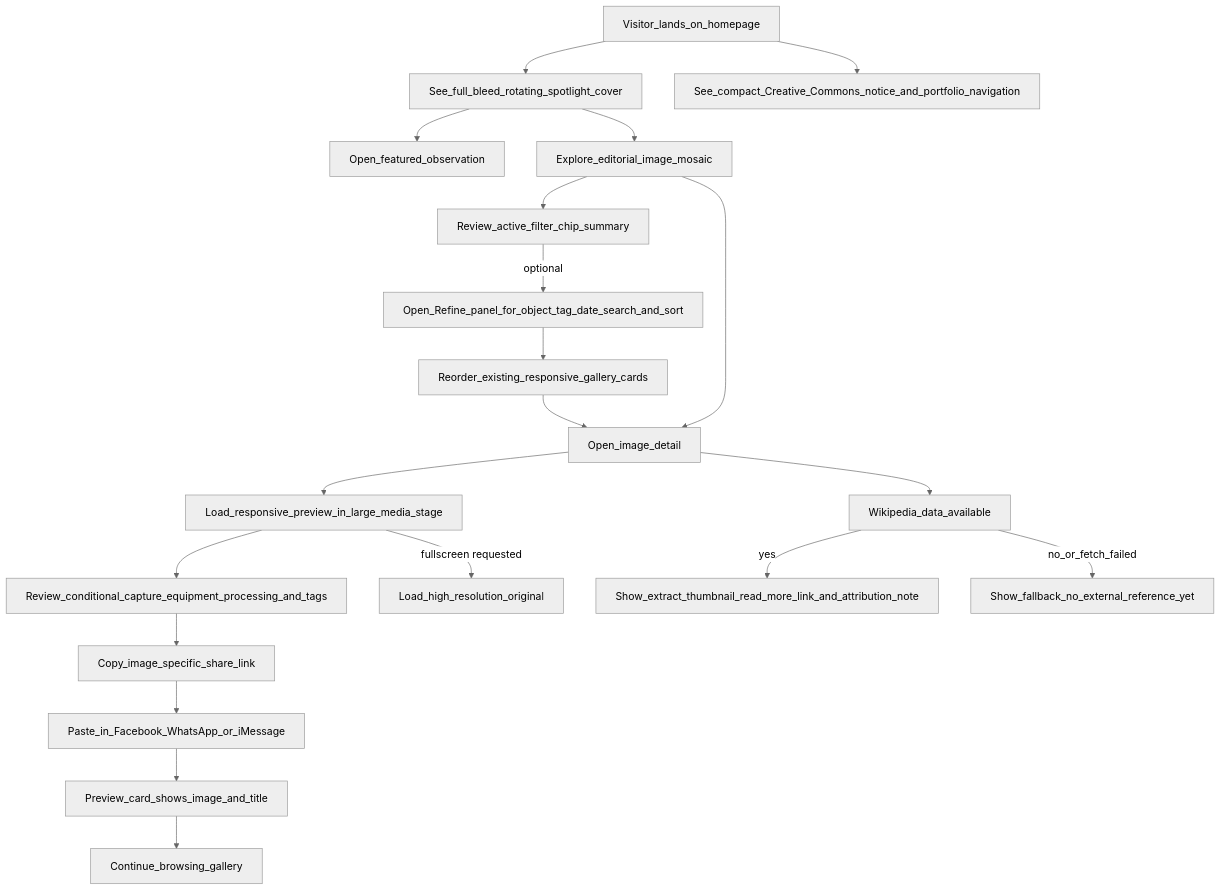
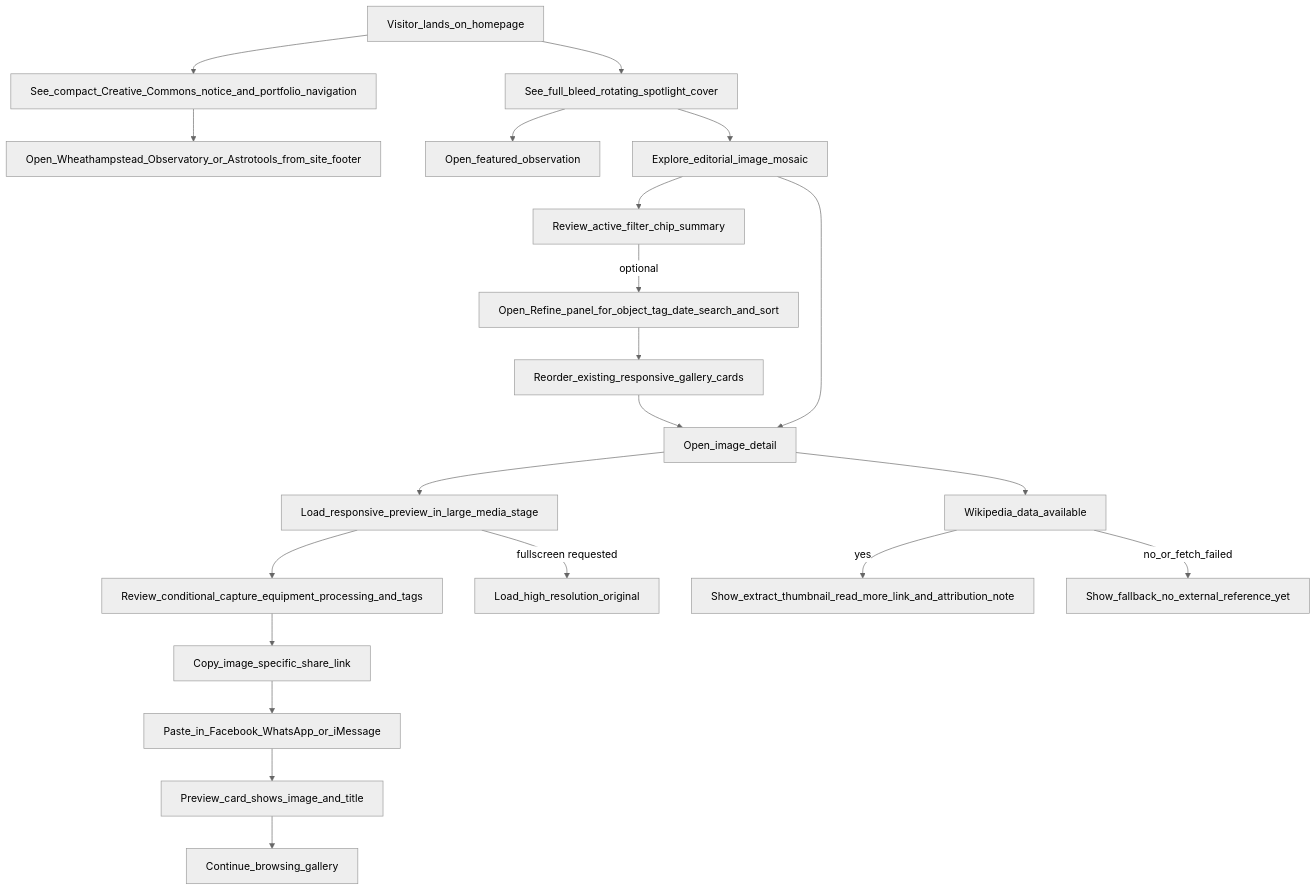
The first of 3 diagrams in README.md (smeird/images), drawn with Mermaid (neutral theme) before and after one commit. The commit also changed other lines of this file and 4 other files, not shown here.

````diff
--- a/README.md
+++ b/README.md
@@ -215,22 +215,23 @@
 ```mermaid
 flowchart TD
   Visitor_lands_on_homepage --> See_full_bleed_rotating_spotlight_cover
   Visitor_lands_on_homepage --> See_compact_Creative_Commons_notice_and_portfolio_navigation
+  See_compact_Creative_Commons_notice_and_portfolio_navigation --> Open_Wheathampstead_Observatory_or_Astrotools_from_site_footer
   See_full_bleed_rotating_spotlight_cover --> Open_featured_observation
   See_full_bleed_rotating_spotlight_cover --> Explore_editorial_image_mosaic
   Explore_editorial_image_mosaic --> Review_active_filter_chip_summary
   Review_active_filter_chip_summary -->|optional| Open_Refine_panel_for_object_tag_date_search_and_sort
   Open_Refine_panel_for_object_tag_date_search_and_sort --> Reorder_existing_responsive_gallery_cards
   Reorder_existing_responsive_gallery_cards --> Open_image_detail
   Explore_editorial_image_mosaic --> Open_image_detail
   Open_image_detail --> Load_responsive_preview_in_large_media_stage
   Load_responsive_preview_in_large_media_stage --> Review_conditional_capture_equipment_processing_and_tags
   Load_responsive_preview_in_large_media_stage -->|fullscreen requested| Load_high_resolution_original
   Review_conditional_capture_equipment_processing_and_tags --> Copy_image_specific_share_link
   Copy_image_specific_share_link --> Paste_in_Facebook_WhatsApp_or_iMessage
   Paste_in_Facebook_WhatsApp_or_iMessage --> Preview_card_shows_image_and_title
   Preview_card_shows_image_and_title --> Continue_browsing_gallery
   Open_image_detail --> Wikipedia_data_available
   Wikipedia_data_available -->|yes| Show_extract_thumbnail_read_more_link_and_attribution_note
   Wikipedia_data_available -->|no_or_fetch_failed| Show_fallback_no_external_reference_yet
 ```
````
